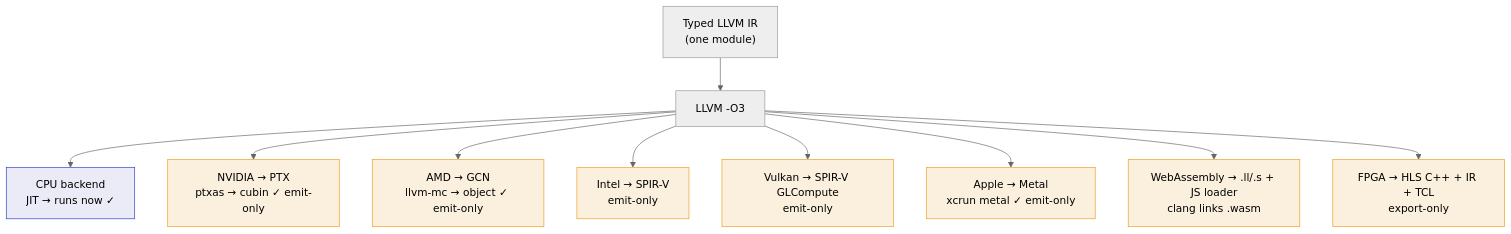
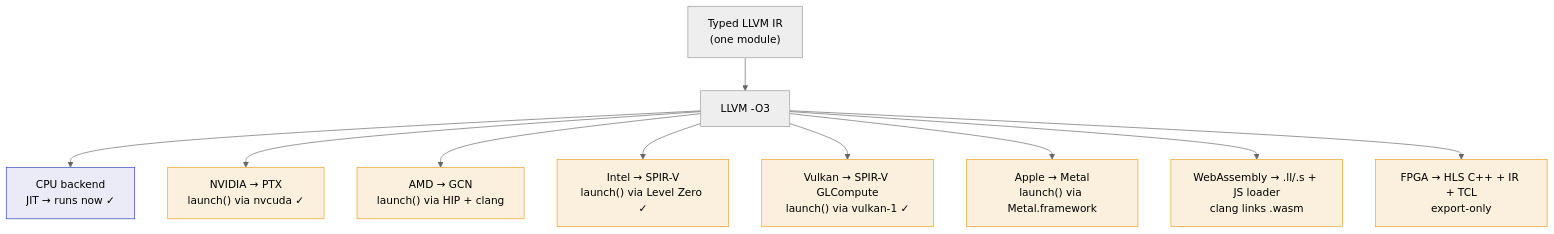
Before and after one commit to ezducate/HanaJit: the fourth of 5 diagrams in README.md, drawn with Mermaid (neutral theme). The commit also changed other lines of this file and 26 other files, not shown here.

First line of the commit message:
REcent vulkan and nvidia changes

````diff
--- a/README.md
+++ b/README.md
@@ -362,20 +362,20 @@
 ```mermaid
 flowchart TD
     IR["Typed LLVM IR<br/>(one module)"] --> OPT["LLVM -O3"]
     OPT --> CPU["CPU backend<br/>JIT → runs now ✓"]
-    OPT --> NV["NVIDIA → PTX<br/>ptxas → cubin ✓ emit-only"]
-    OPT --> AMD["AMD → GCN<br/>llvm-mc → object ✓ emit-only"]
-    OPT --> INT["Intel → SPIR-V<br/>emit-only"]
-    OPT --> VLK["Vulkan → SPIR-V GLCompute<br/>emit-only"]
-    OPT --> APL["Apple → Metal<br/>xcrun metal ✓ emit-only"]
+    OPT --> NV["NVIDIA → PTX<br/>launch() via nvcuda ✓"]
+    OPT --> AMD["AMD → GCN<br/>launch() via HIP + clang"]
+    OPT --> INT["Intel → SPIR-V<br/>launch() via Level Zero ✓"]
+    OPT --> VLK["Vulkan → SPIR-V GLCompute<br/>launch() via vulkan-1 ✓"]
+    OPT --> APL["Apple → Metal<br/>launch() via Metal.framework"]
     OPT --> WASM["WebAssembly → .ll/.s + JS loader<br/>clang links .wasm"]
     OPT --> FPGA["FPGA → HLS C++ + IR + TCL<br/>export-only"]
     style CPU fill:#EAEBF6,stroke:#2B3FC4
     style NV fill:#FBF0DD,stroke:#E8A020
     style AMD fill:#FBF0DD,stroke:#E8A020
     style INT fill:#FBF0DD,stroke:#E8A020
     style VLK fill:#FBF0DD,stroke:#E8A020
     style APL fill:#FBF0DD,stroke:#E8A020
     style WASM fill:#FBF0DD,stroke:#E8A020
     style FPGA fill:#FBF0DD,stroke:#E8A020
 ```
````
